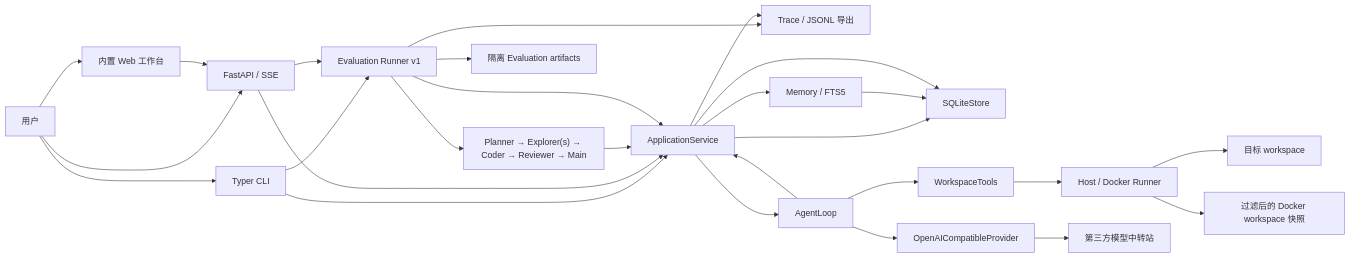
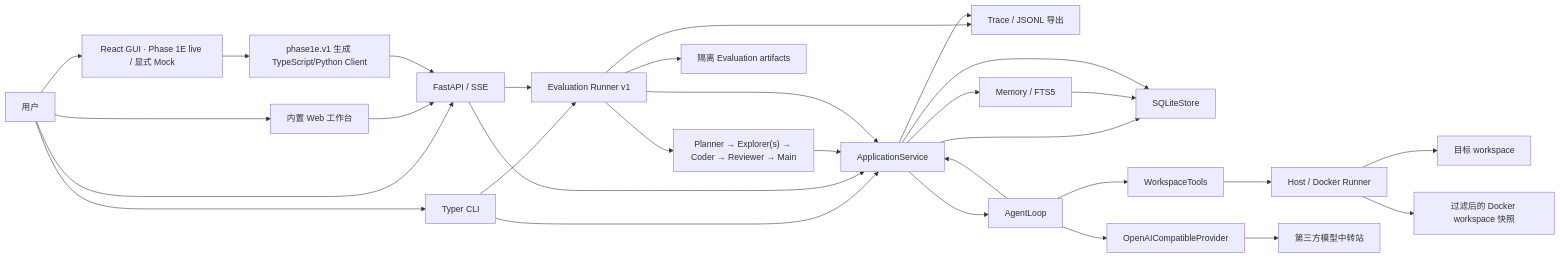
The first of 4 diagrams in docs/PROJECT_ARCHITECTURE.md (PinelliaChill/Operant), drawn with Mermaid before and after one commit. The commit also changed other lines of this file, not shown here.

Commit message:
docs: record Phase 1E client baseline

````diff
--- a/docs/PROJECT_ARCHITECTURE.md
+++ b/docs/PROJECT_ARCHITECTURE.md
@@ -135,48 +150,53 @@
 ```mermaid
 flowchart LR
     User["用户"]
     CLI["Typer CLI"]
     API["FastAPI / SSE"]
     Web["内置 Web 工作台"]
+    GUI["React GUI · Phase 1E live / 显式 Mock"]
+    SDK["phase1e.v1 生成 TypeScript/Python Client"]
     Workflow["Planner → Explorer(s) → Coder → Reviewer → Main"]
     Evaluation["Evaluation Runner v1"]
     Service["ApplicationService"]
     Store["SQLiteStore"]
     Trace["Trace / JSONL 导出"]
     Memory["Memory / FTS5"]
     Loop["AgentLoop"]
     Provider["OpenAICompatibleProvider"]
     Tools["WorkspaceTools"]
     Runner["Host / Docker Runner"]
     Snapshot["过滤后的 Docker workspace 快照"]
     Relay["第三方模型中转站"]
     Workspace["目标 workspace"]
     Artifacts["隔离 Evaluation artifacts"]
 
     User --> CLI
     User --> API
     User --> Web
+    User --> GUI
     Web --> API
+    GUI --> SDK
+    SDK --> API
     CLI --> Service
     API --> Service
     Workflow --> Service
     CLI --> Evaluation
     API --> Evaluation
     Evaluation --> Service
     Evaluation --> Workflow
     Evaluation --> Trace
     Evaluation --> Artifacts
     Service --> Store
     Service --> Trace
     Service --> Memory
     Memory --> Store
     Service --> Loop
     Loop --> Provider
     Provider --> Relay
     Loop --> Tools
     Tools --> Runner
     Runner --> Workspace
     Runner --> Snapshot
     Loop --> Service
     Service --> Store
 ```
````
